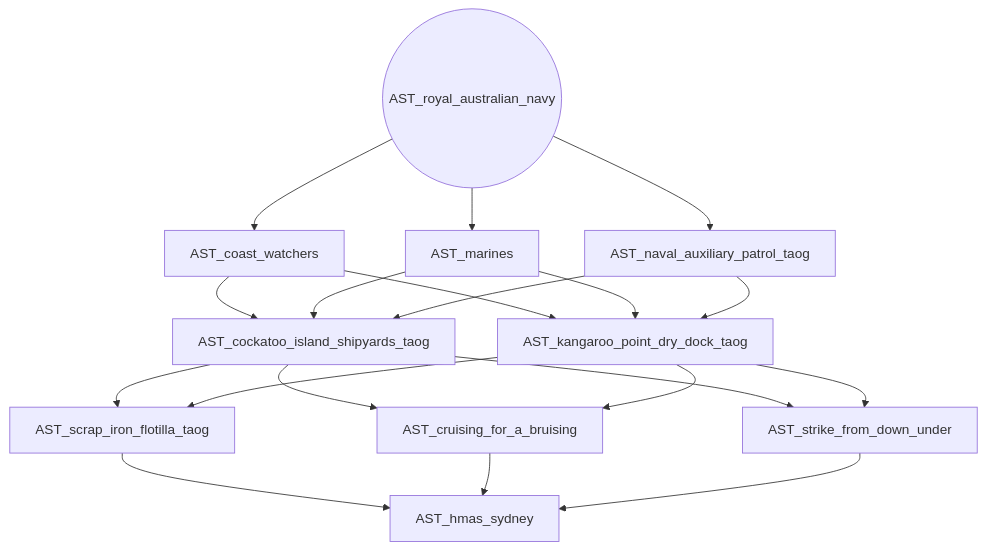
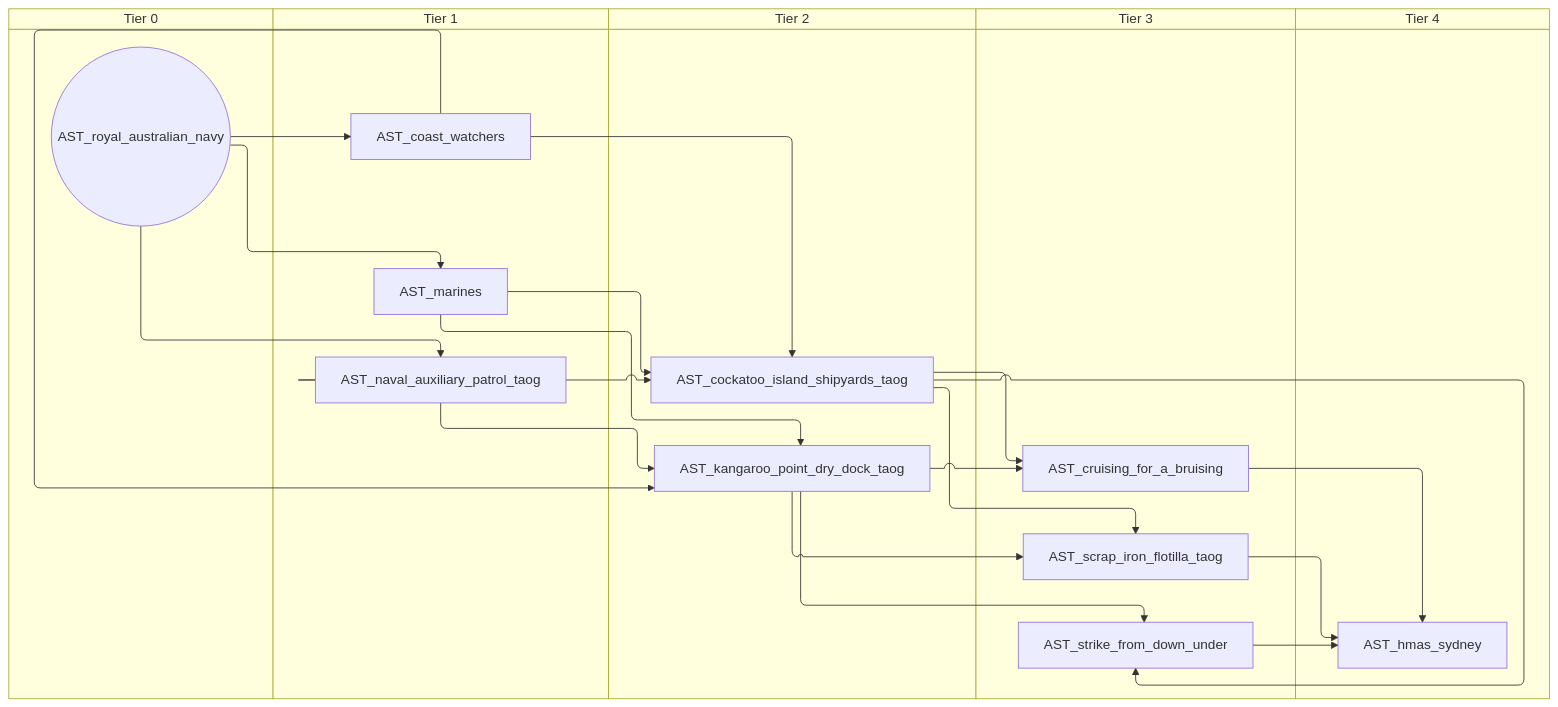
One commit to evgeny-sobol/hoi4-sandbox-mode-r56 changed diagram 11 of 15 in docs/gdd/National Focuses/r56/australia_taog.md. Above: the diagram before and after it, drawn with Mermaid. The commit also changed other lines of this file and 423 other files, not shown here.

First line of the commit message:
Re-export Rt56 focus trees as swimlane diagrams

````diff
--- a/docs/gdd/National Focuses/r56/australia_taog.md
+++ b/docs/gdd/National Focuses/r56/australia_taog.md
@@ -527,31 +631,41 @@
 ```mermaid
-flowchart TD
-    n188["AST_coast_watchers"]
-    n189["AST_cockatoo_island_shipyards_taog"]
-    n190["AST_cruising_for_a_bruising"]
-    n191["AST_hmas_sydney"]
-    n192["AST_kangaroo_point_dry_dock_taog"]
-    n193["AST_marines"]
-    n194["AST_naval_auxiliary_patrol_taog"]
-    n195(("AST_royal_australian_navy"))
-    n196["AST_scrap_iron_flotilla_taog"]
-    n197["AST_strike_from_down_under"]
-    n195 --> n188
+swimlane-beta TD
+    subgraph tier_0["Tier 0"]
+        n188(("AST_royal_australian_navy"))
+    end
+    subgraph tier_1["Tier 1"]
+        n189["AST_coast_watchers"]
+        n190["AST_marines"]
+        n191["AST_naval_auxiliary_patrol_taog"]
+    end
+    subgraph tier_2["Tier 2"]
+        n192["AST_cockatoo_island_shipyards_taog"]
+        n193["AST_kangaroo_point_dry_dock_taog"]
+    end
+    subgraph tier_3["Tier 3"]
+        n194["AST_cruising_for_a_bruising"]
+        n195["AST_scrap_iron_flotilla_taog"]
+        n196["AST_strike_from_down_under"]
+    end
+    subgraph tier_4["Tier 4"]
+        n197["AST_hmas_sydney"]
+    end
     n188 --> n189
-    n193 --> n189
-    n194 --> n189
-    n189 --> n190
-    n192 --> n190
-    n196 --> n191
-    n190 --> n191
-    n197 --> n191
-    n188 --> n192
-    n193 --> n192
-    n194 --> n192
-    n195 --> n193
-    n195 --> n194
-    n189 --> n196
+    n189 --> n192
+    n190 --> n192
+    n191 --> n192
+    n192 --> n194
+    n193 --> n194
+    n195 --> n197
+    n194 --> n197
+    n196 --> n197
+    n189 --> n193
+    n190 --> n193
+    n191 --> n193
+    n188 --> n190
+    n188 --> n191
+    n192 --> n195
+    n193 --> n195
     n192 --> n196
-    n189 --> n197
-    n192 --> n197
+    n193 --> n196
 ```
````
